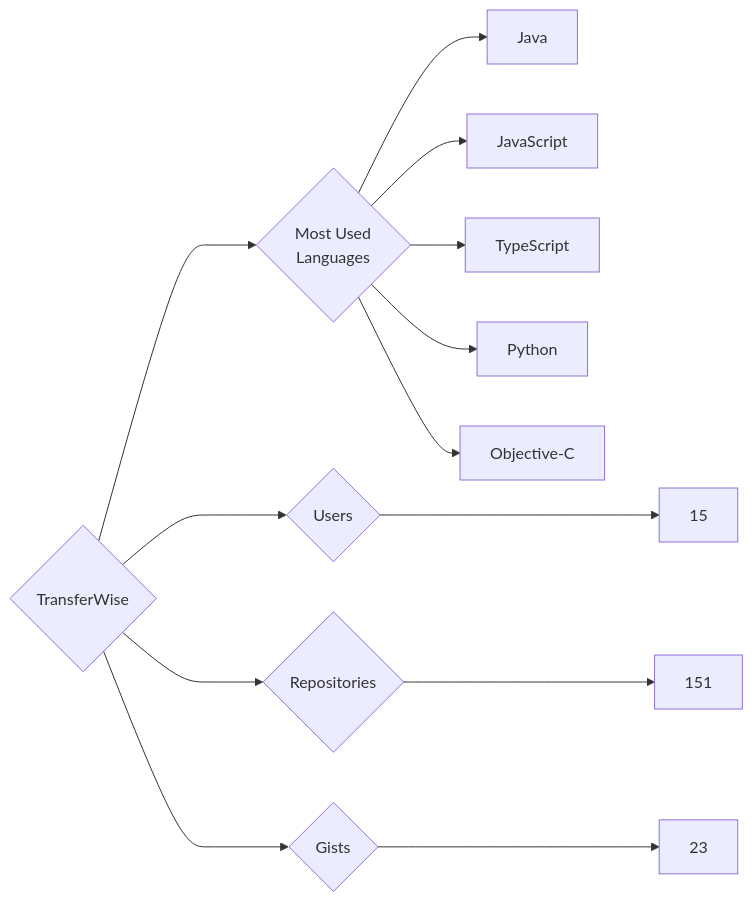
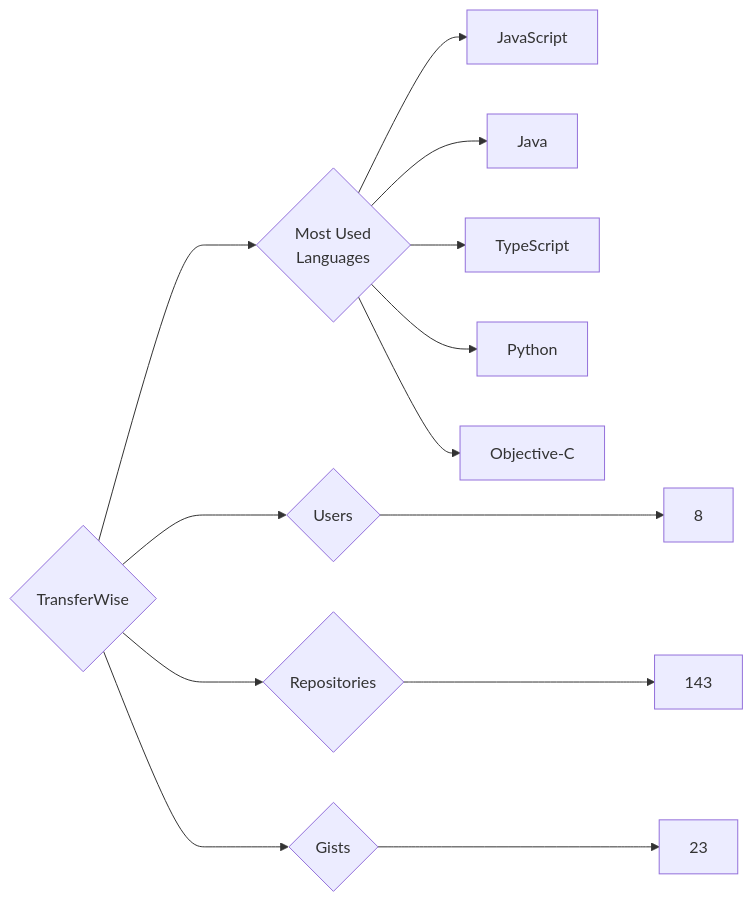
One commit to trickest/insiders changed the diagram in targets/TransferWise/README.md. Above: the diagram before and after it, drawn with Mermaid. The commit also changed 970 other files, not shown here.

````diff
--- a/targets/TransferWise/README.md
+++ b/targets/TransferWise/README.md
@@ -3,13 +3,13 @@
 ```mermaid
 graph LR
 COMPANY_NAME{TransferWise}
-COMPANY_NAME ---> U{Users} ---> UN[15]
-COMPANY_NAME ---> R{Repositories} ---> RN[151]
+COMPANY_NAME ---> U{Users} ---> UN[8]
+COMPANY_NAME ---> R{Repositories} ---> RN[143]
 COMPANY_NAME ---> G{Gists} ---> GN[23]
 COMPANY_NAME ---> ML{Most Used<br>Languages}
+ML --> JavaScript[JavaScript]
 ML --> Java[Java]
-ML --> JavaScript[JavaScript]
 ML --> TypeScript[TypeScript]
 ML --> Python[Python]
 ML --> Objective-C[Objective-C]
 ```
````
